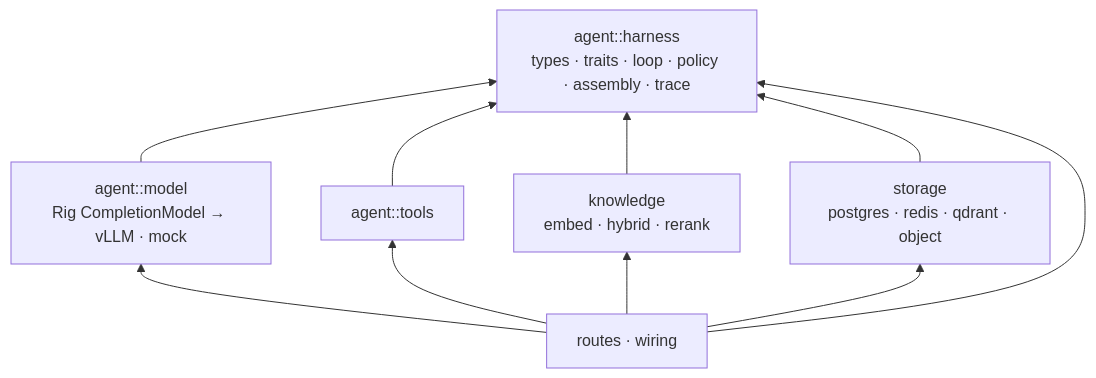
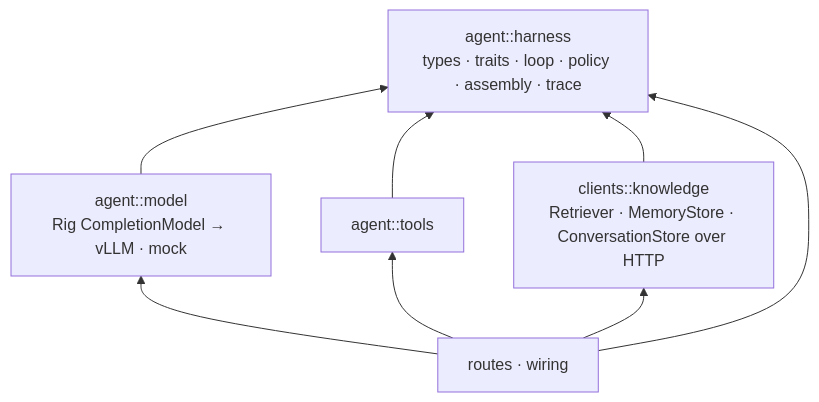
One commit to ashworks1706/SparkyAI changed the second of 9 diagrams in docs/ARCHITECTURE.md. Above: the diagram before and after it, drawn with Mermaid. The commit also changed other lines of this file and 91 other files, not shown here.

First line of the commit message:
apps/knowledge: one service owns every store; engine holds no DB connections

````diff
--- a/docs/ARCHITECTURE.md
+++ b/docs/ARCHITECTURE.md
@@ -80,9 +87,8 @@
 ```mermaid
 flowchart BT
     H[agent::harness<br/>types · traits · loop · policy · assembly · trace]
     M[agent::model<br/>Rig CompletionModel → vLLM · mock] --> H
     T[agent::tools] --> H
-    K[knowledge<br/>embed · hybrid · rerank] --> H
-    S[storage<br/>postgres · redis · qdrant · object] --> H
-    W[routes · wiring] --> M & T & K & S & H
+    C[clients::knowledge<br/>Retriever · MemoryStore · ConversationStore over HTTP] --> H
+    W[routes · wiring] --> M & T & C & H
 ```
````
